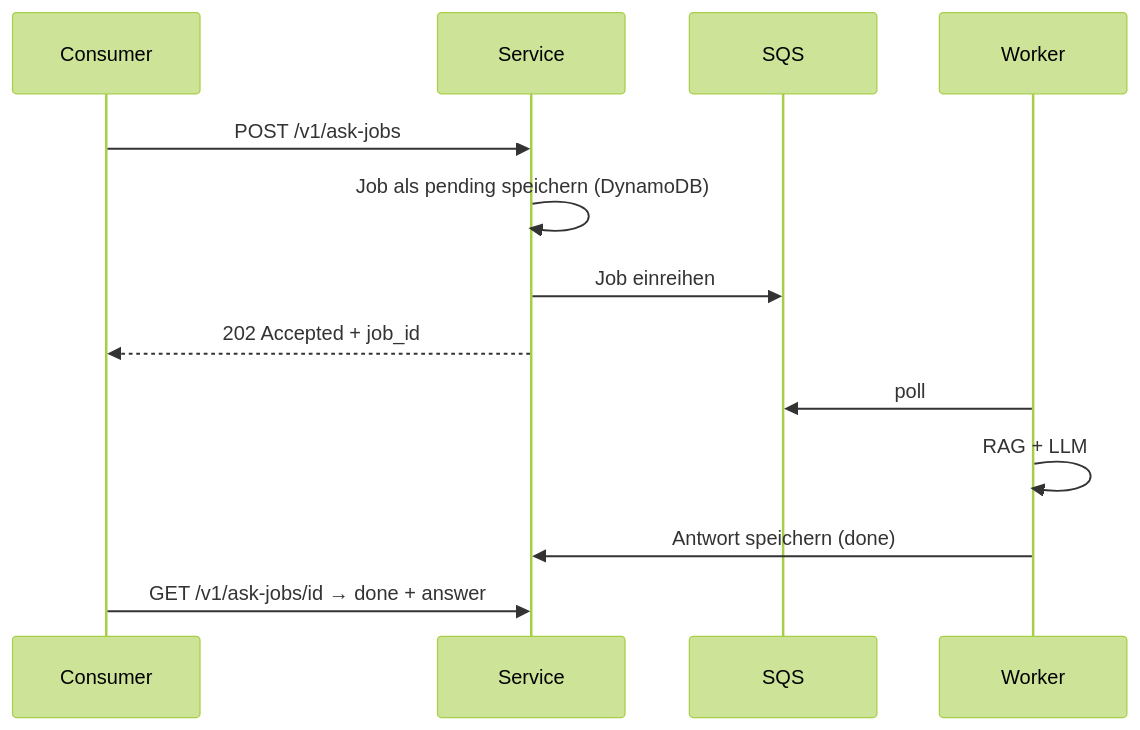
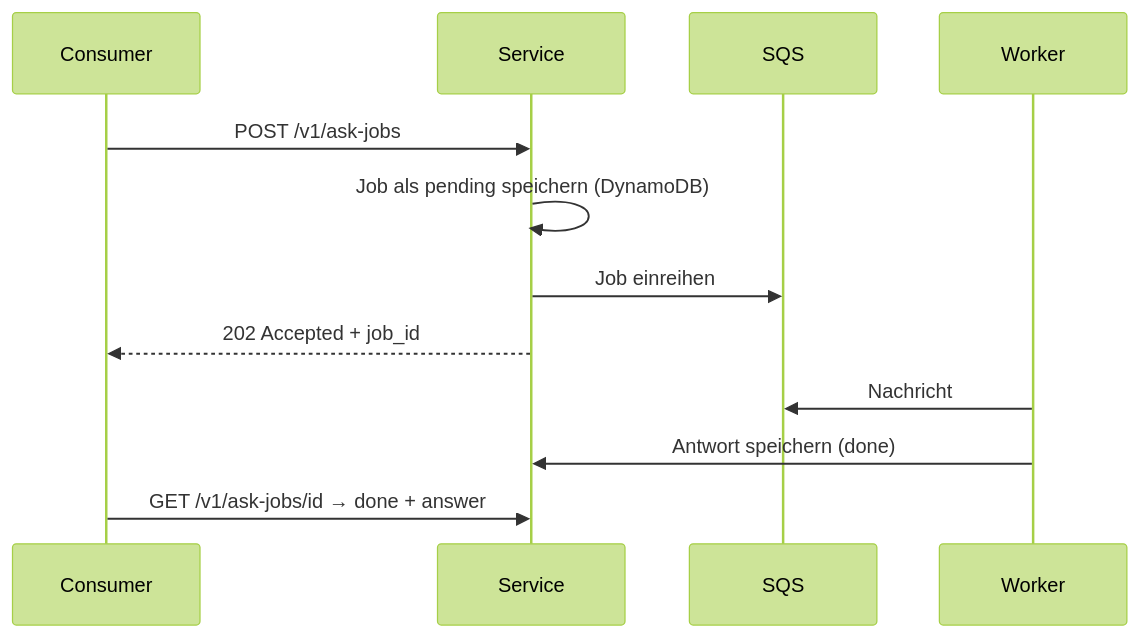
The third of 4 diagrams in tag-2/04-ki-services-in-microservices/theorie.md (AndreyBulezyuk/Architecting_AI_Ready_Software), drawn with Mermaid (forest theme) before and after one commit. The commit also changed other lines of this file and 14 other files, not shown here.

````diff
--- a/tag-2/04-ki-services-in-microservices/theorie.md
+++ b/tag-2/04-ki-services-in-microservices/theorie.md
@@ -101,15 +132,14 @@
 ```mermaid
 sequenceDiagram
     participant C as Consumer
     participant S as Service
     participant Q as SQS
     participant W as Worker
     C->>S: POST /v1/ask-jobs
     S->>S: Job als pending speichern (DynamoDB)
     S->>Q: Job einreihen
     S-->>C: 202 Accepted + job_id
-    W->>Q: poll
-    W->>W: RAG + LLM
+    W->>Q: Nachricht
     W->>S: Antwort speichern (done)
     C->>S: GET /v1/ask-jobs/id → done + answer
 ```
````
